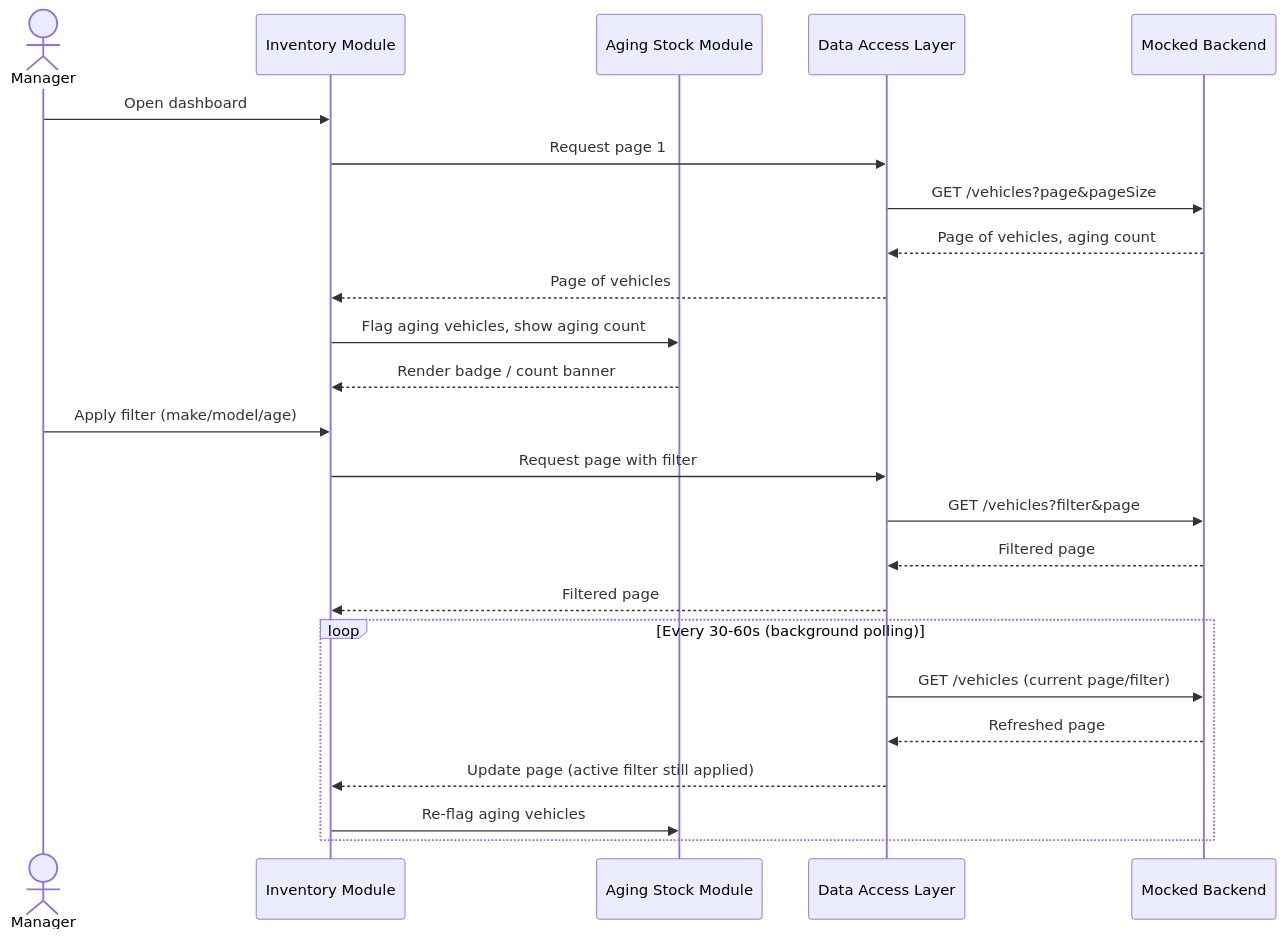
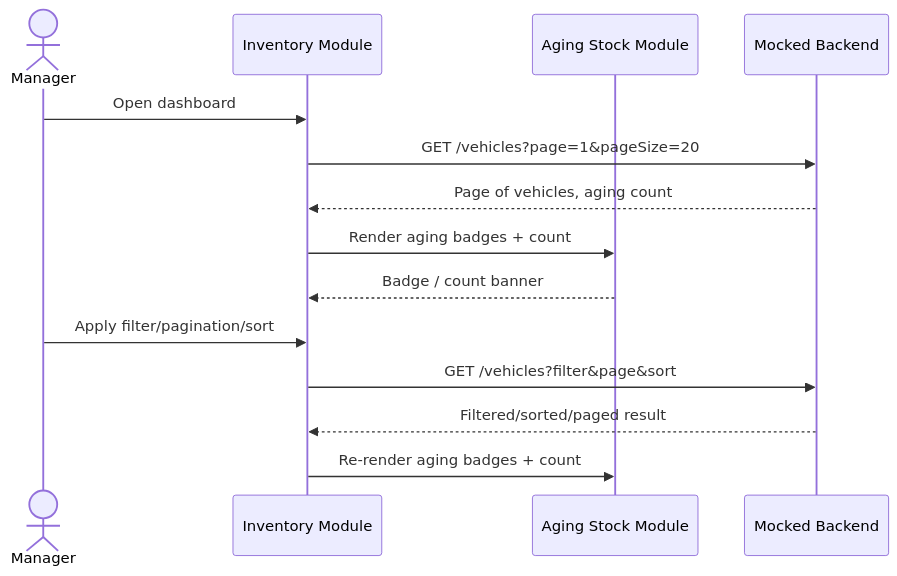
Before and after one commit to nmtrong1000/keyloop-challenge: the second of 4 diagrams in SDD.md, drawn with Mermaid. The commit also changed other lines of this file and 1 other file, not shown here.

First line of the commit message:
docs(STORY_20): sync SDD architecture and data-flow diagrams with SSR

````diff
--- a/SDD.md
+++ b/SDD.md
@@ -118,28 +77,18 @@
 ```mermaid
 sequenceDiagram
     actor Manager
     participant IM as Inventory Module
     participant ASM as Aging Stock Module
-    participant DAL as Data Access Layer
     participant Mock as Mocked Backend
 
     Manager->>IM: Open dashboard
-    IM->>DAL: Request page 1
-    DAL->>Mock: GET /vehicles?page&pageSize
-    Mock-->>DAL: Page of vehicles, aging count
-    DAL-->>IM: Page of vehicles
-    IM->>ASM: Flag aging vehicles, show aging count
-    ASM-->>IM: Render badge / count banner
-    Manager->>IM: Apply filter (make/model/age)
-    IM->>DAL: Request page with filter
-    DAL->>Mock: GET /vehicles?filter&page
-    Mock-->>DAL: Filtered page
-    DAL-->>IM: Filtered page
+    IM->>Mock: GET /vehicles?page=1&pageSize=20
+    Mock-->>IM: Page of vehicles, aging count
+    IM->>ASM: Render aging badges + count
+    ASM-->>IM: Badge / count banner
 
-    loop Every 30-60s (background polling)
-        DAL->>Mock: GET /vehicles (current page/filter)
-        Mock-->>DAL: Refreshed page
-        DAL-->>IM: Update page (active filter still applied)
-        IM->>ASM: Re-flag aging vehicles
-    end
+    Manager->>IM: Apply filter/pagination/sort
+    IM->>Mock: GET /vehicles?filter&page&sort
+    Mock-->>IM: Filtered/sorted/paged result
+    IM->>ASM: Re-render aging badges + count
 ```
````
